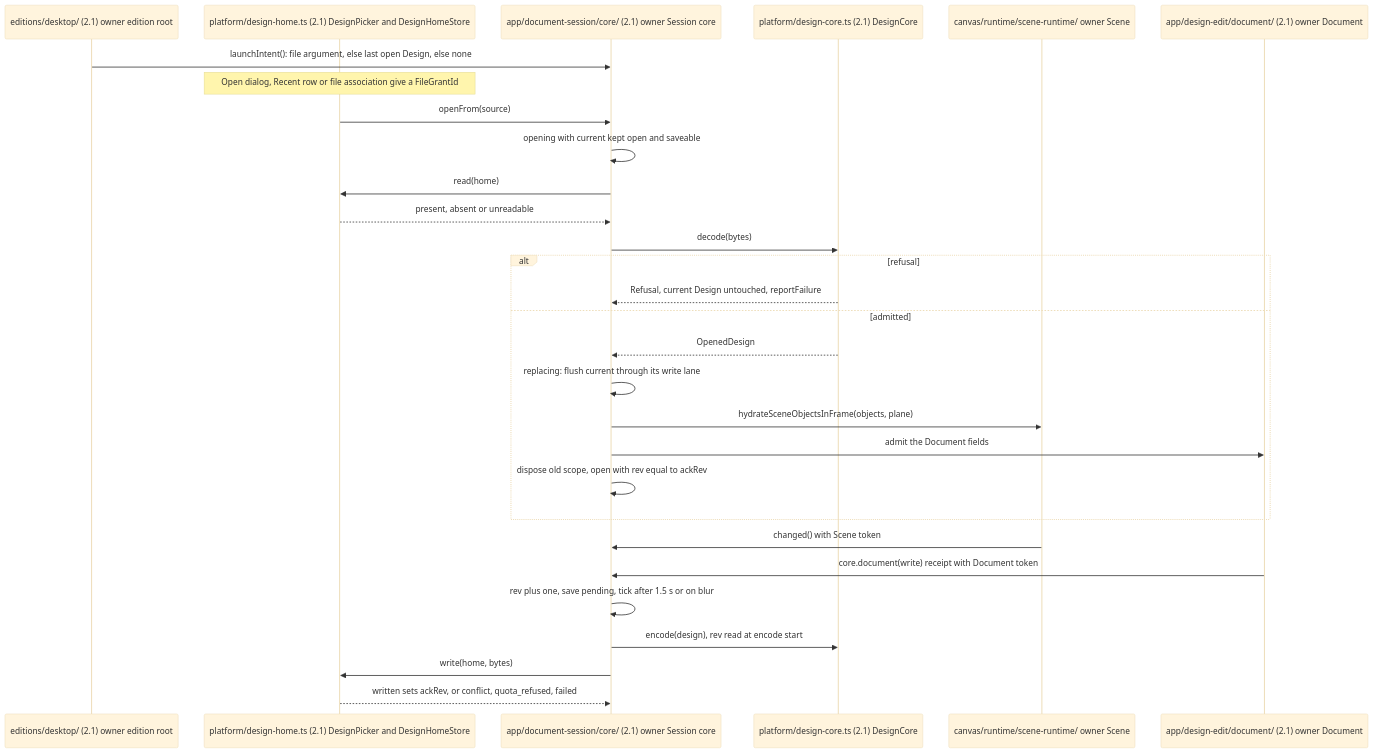
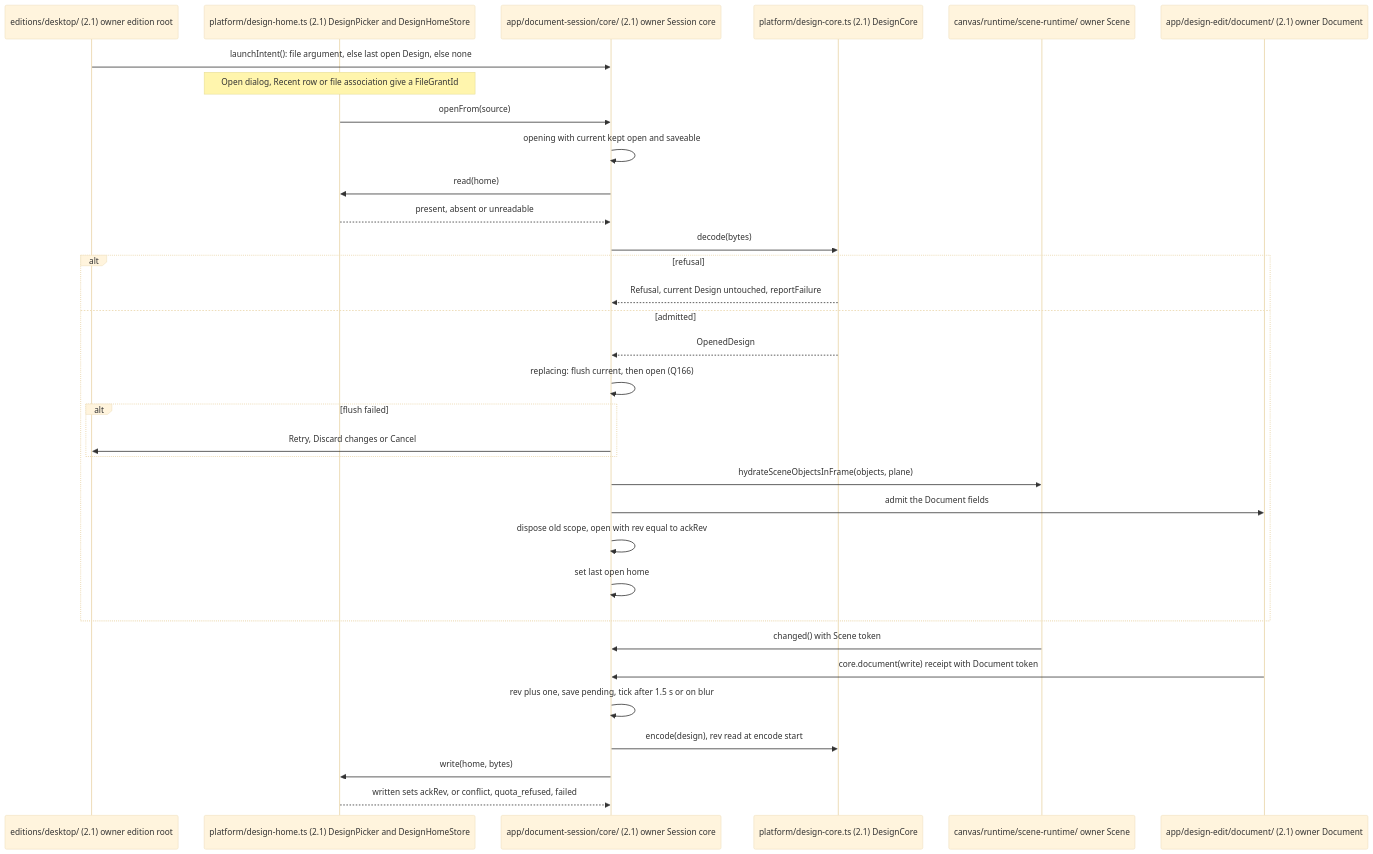
One commit to opencanopi/canopi changed the first of 6 diagrams in docs/architecture/flows-document.md. Above: the diagram before and after it, drawn with Mermaid (base theme). The commit also changed other lines of this file and 33 other files, not shown here.

Commit message:
docs: apply the architecture review's findings to ADRs, plan, contracts, ledger and model

````diff
--- a/docs/architecture/flows-document.md
+++ b/docs/architecture/flows-document.md
@@ -10,31 +10,35 @@
 ```mermaid
 sequenceDiagram
   participant Root as editions/desktop/ (2.1) owner edition root
   participant Home as platform/design-home.ts (2.1) DesignPicker and DesignHomeStore
   participant Core as app/document-session/core/ (2.1) owner Session core
   participant Fmt as platform/design-core.ts (2.1) DesignCore
   participant Scene as canvas/runtime/scene-runtime/ owner Scene
   participant Doc as app/design-edit/document/ (2.1) owner Document
   Root->>Core: launchIntent(): file argument, else last open Design, else none
   Note over Home: Open dialog, Recent row or file association give a FileGrantId
   Home->>Core: openFrom(source)
   Core->>Core: opening with current kept open and saveable
   Core->>Home: read(home)
   Home-->>Core: present, absent or unreadable
   Core->>Fmt: decode(bytes)
   alt refusal
     Fmt-->>Core: Refusal, current Design untouched, reportFailure
   else admitted
     Fmt-->>Core: OpenedDesign
-    Core->>Core: replacing: flush current through its write lane
+    Core->>Core: replacing: flush current, then open (Q166)
+    alt flush failed
+      Core->>Root: Retry, Discard changes or Cancel
+    end
     Core->>Scene: hydrateSceneObjectsInFrame(objects, plane)
     Core->>Doc: admit the Document fields
     Core->>Core: dispose old scope, open with rev equal to ackRev
+    Core->>Core: set last open home
   end
   Scene->>Core: changed() with Scene token
   Doc->>Core: core.document(write) receipt with Document token
   Core->>Core: rev plus one, save pending, tick after 1.5 s or on blur
   Core->>Fmt: encode(design), rev read at encode start
   Core->>Home: write(home, bytes)
   Home-->>Core: written sets ackRev, or conflict, quota_refused, failed
 ```
````
